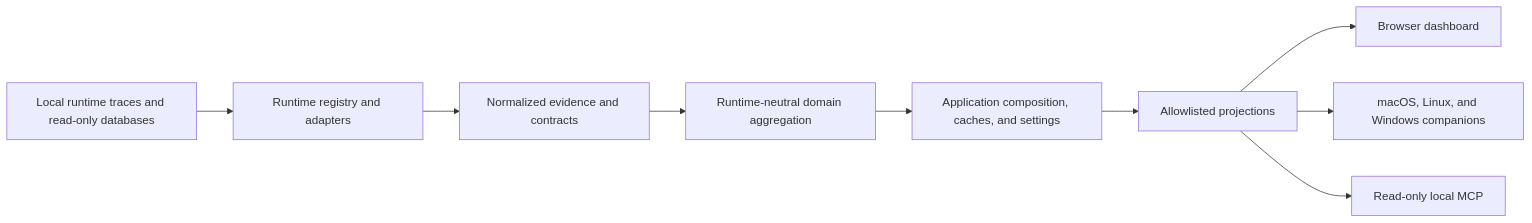
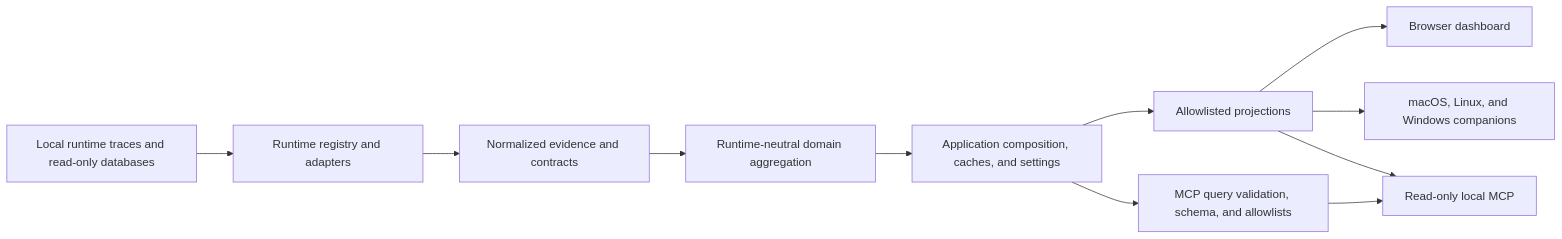
One commit to Galileo-Agent-Labs/token-meter changed the diagram in specs/ARCHITECTURE.md. Above: the diagram before and after it, drawn with Mermaid. The commit also changed other lines of this file and 15 other files, not shown here.

Commit message:
docs: document MCP trace query tools

````diff
--- a/specs/ARCHITECTURE.md
+++ b/specs/ARCHITECTURE.md
@@ -15,17 +15,19 @@
 ```mermaid
 flowchart LR
   traces["Local runtime traces and read-only databases"]
   adapters["Runtime registry and adapters"]
   contracts["Normalized evidence and contracts"]
   domain["Runtime-neutral domain aggregation"]
   app["Application composition, caches, and settings"]
   projections["Allowlisted projections"]
+  mcp_queries["MCP query validation, schema, and allowlists"]
   browser["Browser dashboard"]
   native["macOS, Linux, and Windows companions"]
   mcp["Read-only local MCP"]
 
   traces --> adapters --> contracts --> domain --> app --> projections
   projections --> browser
   projections --> native
   projections --> mcp
+  app --> mcp_queries --> mcp
 ```
````
